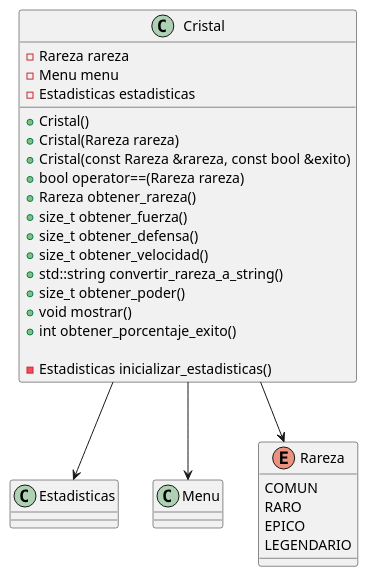
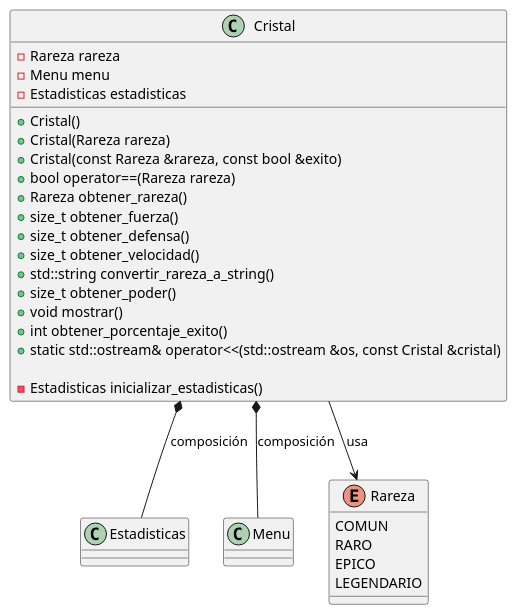
Before and after one commit to guillsil/Transformers-Game: the diagram in Diagramas-UML/Cristal.puml, drawn with PlantUML. The commit also changed 8 other files, not shown here.

```diff
--- a/Diagramas-UML/Cristal.puml
+++ b/Diagramas-UML/Cristal.puml
@@ -1,38 +1,39 @@
 @startuml
 'https://plantuml.com/class-diagram
 class Estadisticas
 class Menu
 
 enum Rareza {
     COMUN
     RARO
     EPICO
     LEGENDARIO
 }
 
 class Cristal {
     - Rareza rareza
     - Menu menu
     - Estadisticas estadisticas
 
     + Cristal()
     + Cristal(Rareza rareza)
     + Cristal(const Rareza &rareza, const bool &exito)
     + bool operator==(Rareza rareza)
     + Rareza obtener_rareza()
     + size_t obtener_fuerza()
     + size_t obtener_defensa()
     + size_t obtener_velocidad()
     + std::string convertir_rareza_a_string()
     + size_t obtener_poder()
     + void mostrar()
     + int obtener_porcentaje_exito()
+    + static std::ostream& operator<<(std::ostream &os, const Cristal &cristal)
 
     - Estadisticas inicializar_estadisticas()
 }
 
 ' Relaciones
-Cristal --> Menu
-Cristal --> Estadisticas
-Cristal --> Rareza
+Cristal *-- Menu : "composición"
+Cristal *-- Estadisticas : "composición"
+Cristal --> Rareza : "usa"
 @enduml
```
